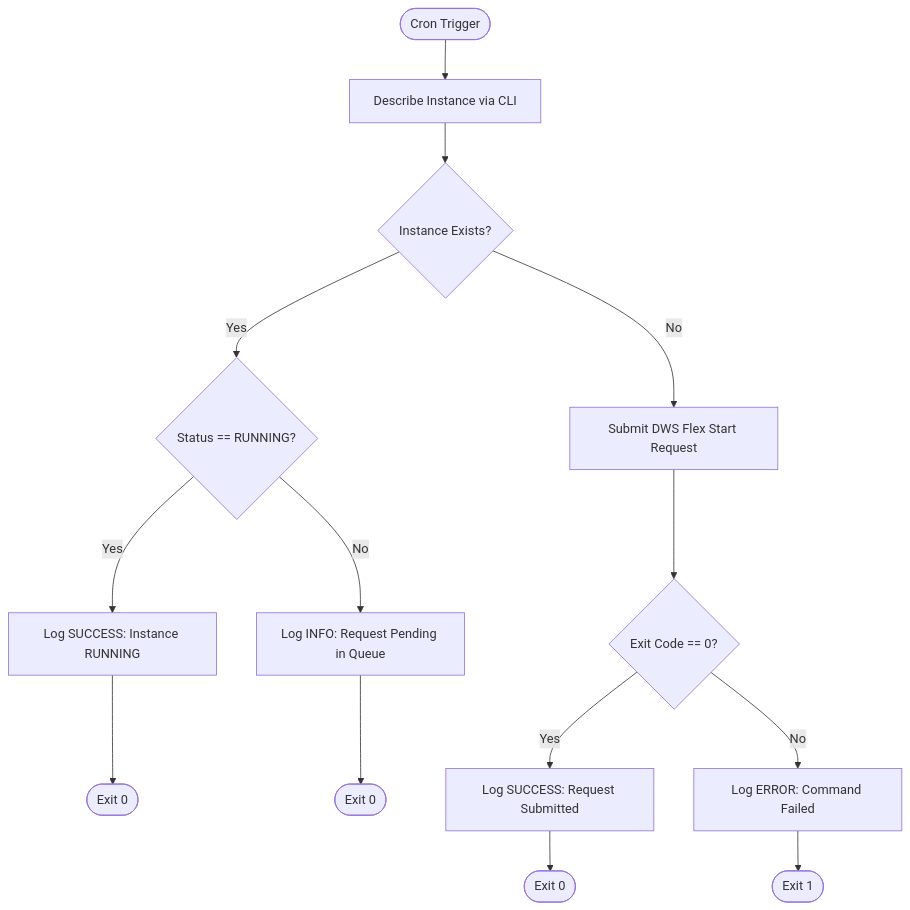
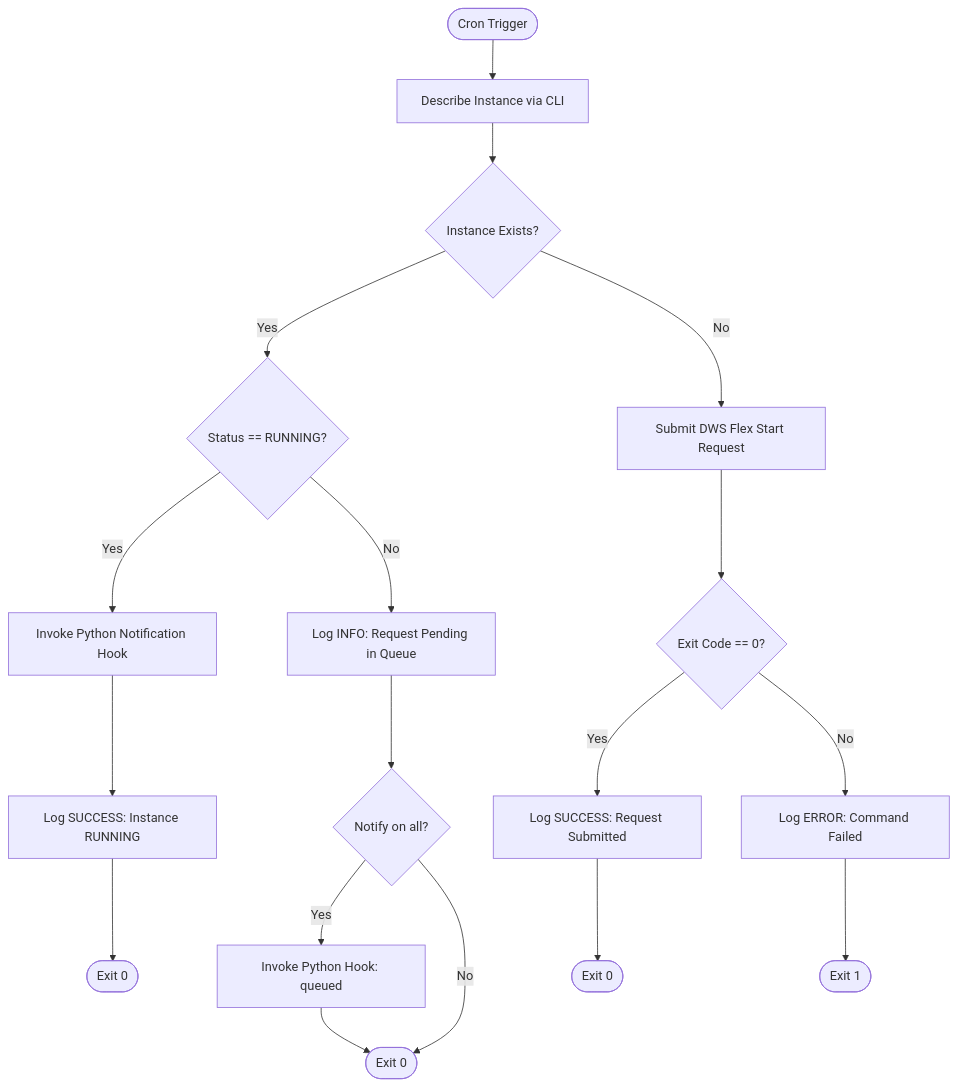
Before and after one commit to brookswood/flex_capacity: the diagram in README.md, drawn with Mermaid. The commit also changed other lines of this file and 2 other files, not shown here.

Commit message:
feat: add extensible Python notification hook and update documentation

````diff
--- a/README.md
+++ b/README.md
@@ -24,14 +25,18 @@
 ```mermaid
 flowchart TD
     Start([Cron Trigger]) --> CheckInstance[Describe Instance via CLI]
     CheckInstance --> Exists{Instance Exists?}
     
     Exists -- Yes --> CheckStatus{Status == RUNNING?}
-    CheckStatus -- Yes --> LogRunning[Log SUCCESS: Instance RUNNING] --> ExitSuccess([Exit 0])
-    CheckStatus -- No --> LogQueued[Log INFO: Request Pending in Queue] --> ExitQueued([Exit 0])
+    CheckStatus -- Yes --> TriggerHook[Invoke Python Notification Hook]
+    TriggerHook --> LogRunning[Log SUCCESS: Instance RUNNING] --> ExitSuccess([Exit 0])
+    CheckStatus -- No --> LogQueued[Log INFO: Request Pending in Queue]
+    LogQueued --> NotifyQueue{Notify on all?}
+    NotifyQueue -- Yes --> TriggerQueueHook[Invoke Python Hook: queued] --> ExitQueued([Exit 0])
+    NotifyQueue -- No --> ExitQueued([Exit 0])
     
     Exists -- No --> SubmitRequest[Submit DWS Flex Start Request]
     SubmitRequest --> CheckExit{Exit Code == 0?}
     CheckExit -- Yes --> LogSubmitSuccess[Log SUCCESS: Request Submitted] --> ExitDone([Exit 0])
     CheckExit -- No --> LogSubmitError[Log ERROR: Command Failed] --> ExitError([Exit 1])
 ```
````
